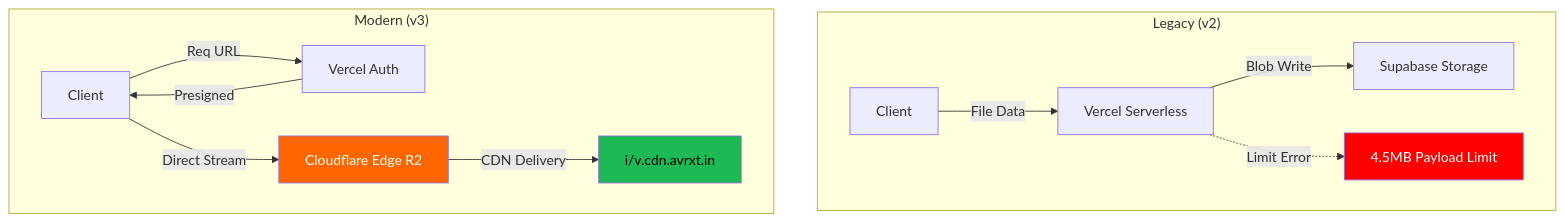
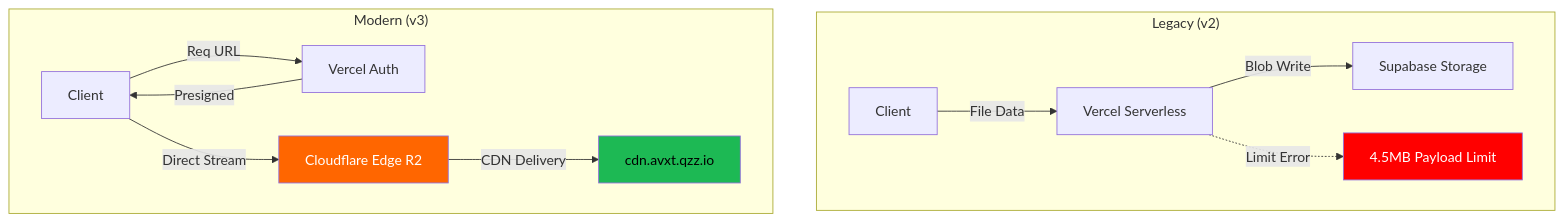
One commit to avrxtcloud/avrxt-in changed the diagram in v3.md. Above: the diagram before and after it, drawn with Mermaid. The commit also changed other lines of this file and 10 other files, not shown here.

````diff
--- a/v3.md
+++ b/v3.md
@@ -9,19 +9,19 @@
 ```mermaid
 graph TD
     subgraph "Legacy (v2)"
         S_Client[Client] -->|File Data| S_Vercel[Vercel Serverless]
         S_Vercel -->|Blob Write| S_Supabase[Supabase Storage]
         S_Vercel -.->|Limit Error| S_Fail[4.5MB Payload Limit]
     end
 
     subgraph "Modern (v3)"
         M_Client[Client] -->|Req URL| M_Vercel[Vercel Auth]
         M_Vercel -->|Presigned| M_Client
         M_Client -->|Direct Stream| M_R2[Cloudflare Edge R2]
-        M_R2 -->|CDN Delivery| M_CDN[i/v.cdn.avrxt.in]
+        M_R2 -->|CDN Delivery| M_CDN[cdn.avxt.qzz.io]
     end
 
     style S_Fail fill:#f00,color:#fff
     style M_R2 fill:#f60,color:#fff
     style M_CDN fill:#1DB954,color:#000
 ```
````
